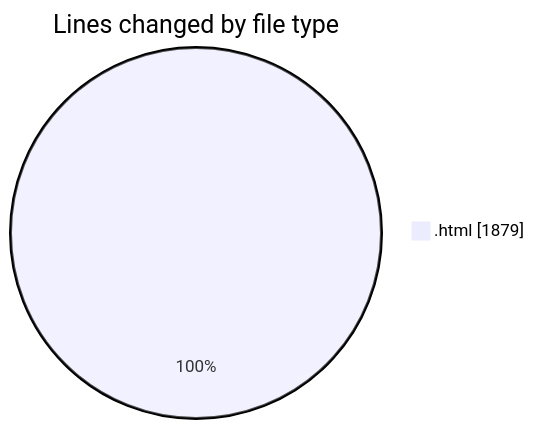
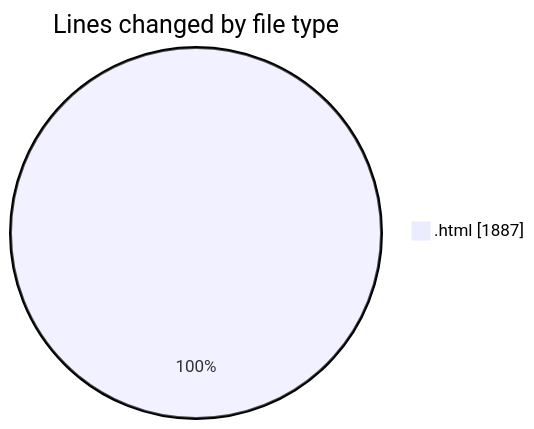
The first of 2 diagrams in 2025-06-27/horizon/README.md (vahidmafi/code-tracking), drawn with Mermaid before and after one commit. The commit also changed other lines of this file and 1 other file, not shown here.

````diff
--- a/2025-06-27/horizon/README.md
+++ b/2025-06-27/horizon/README.md
@@ -21,5 +21,5 @@
 ```mermaid
 pie showData
 title Lines changed by file type
-".html" : 1879
+".html" : 1887
 ```
````
